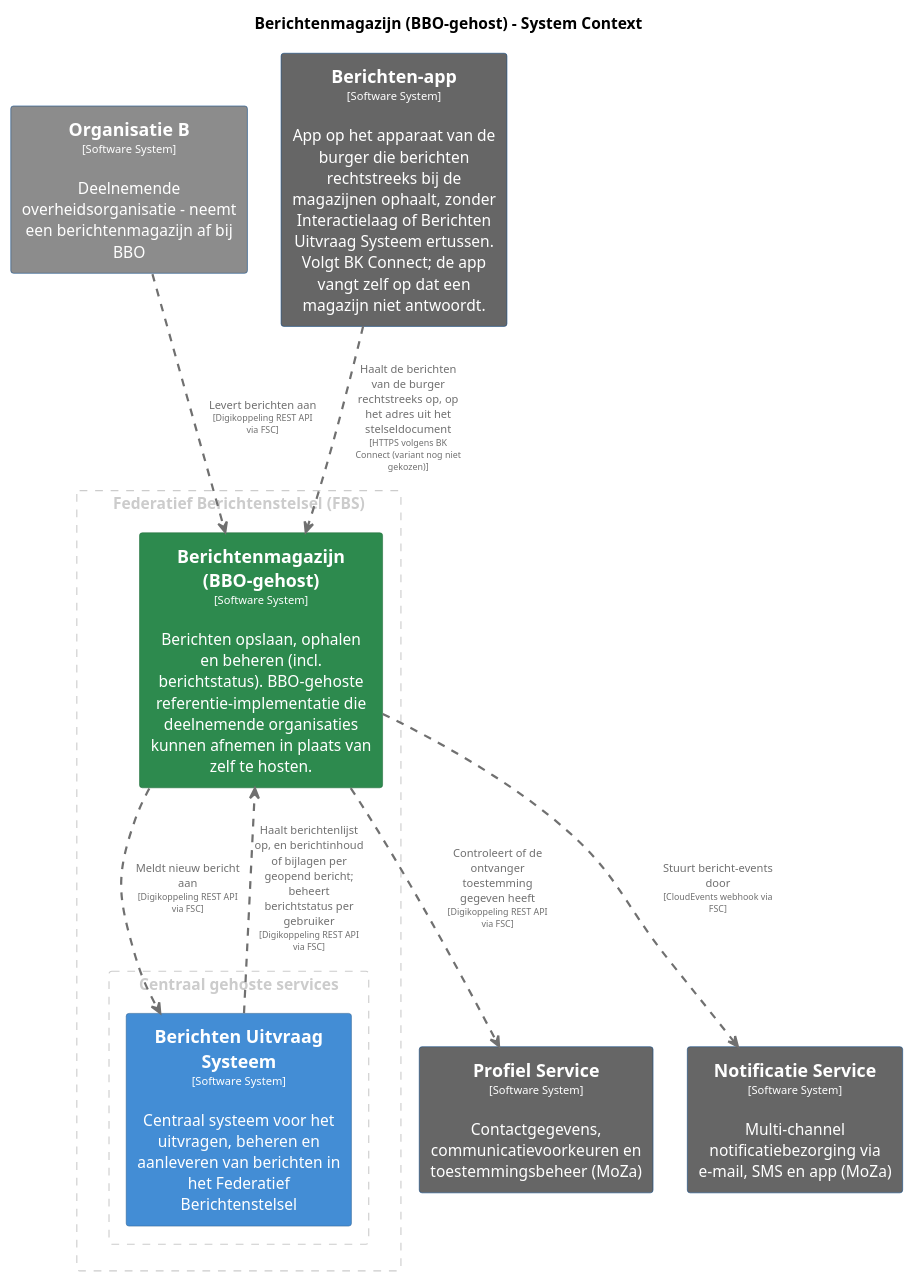
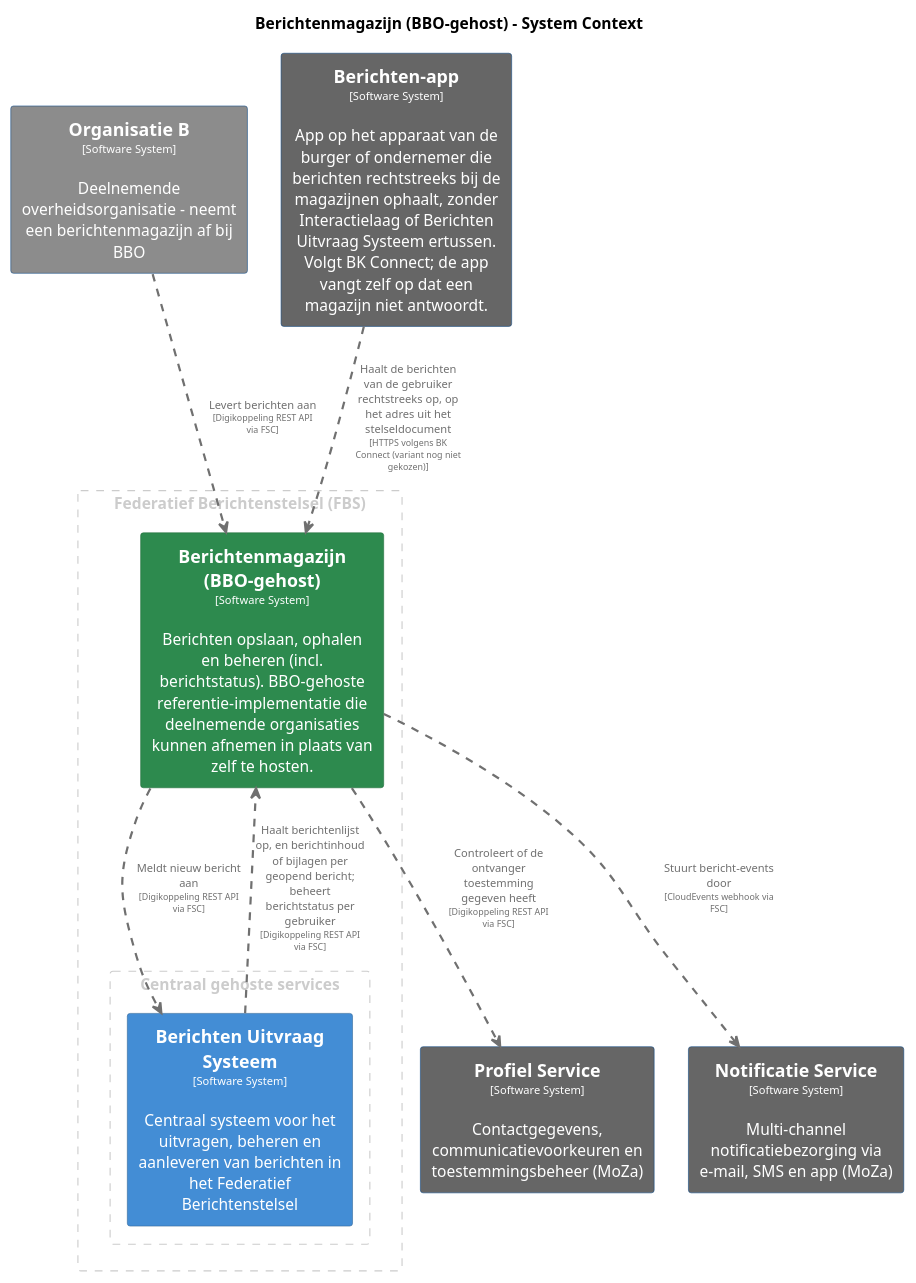
Before and after one commit to MinBZK/moza-poc-fbs-berichtenbox: the diagram in pr-preview/pr-361/master/puml/Berichtenmagazijn.puml, drawn with PlantUML. The commit also changed 36 other files, not shown here.

```diff
--- a/pr-preview/pr-361/master/puml/Berichtenmagazijn.puml
+++ b/pr-preview/pr-361/master/puml/Berichtenmagazijn.puml
@@ -1,82 +1,82 @@
 @startuml
 set separator none
 title Berichtenmagazijn (BBO-gehost) - System Context
 
 top to bottom direction
 skinparam ranksep 60
 skinparam nodesep 30
 
 skinparam {
   arrowFontSize 10
   defaultTextAlignment center
   wrapWidth 200
   maxMessageSize 100
 }
 
 hide stereotype
 
 skinparam rectangle<<BerichtenUitvraagSysteem>> {
   BackgroundColor #438dd5
   FontColor #ffffff
   BorderColor #2e6295
   shadowing false
 }
 skinparam rectangle<<Berichtenapp>> {
   BackgroundColor #666666
   FontColor #ffffff
   BorderColor #0b4884
   shadowing false
 }
 skinparam rectangle<<BerichtenmagazijnBBOgehost>> {
   BackgroundColor #2d8a4e
   FontColor #ffffff
   BorderColor #1e6b38
   shadowing false
 }
 skinparam rectangle<<NotificatieService>> {
   BackgroundColor #666666
   FontColor #ffffff
   BorderColor #0b4884
   shadowing false
 }
 skinparam rectangle<<OrganisatieB>> {
   BackgroundColor #8c8c8c
   FontColor #ffffff
   BorderColor #0b4884
   shadowing false
 }
 skinparam rectangle<<ProfielService>> {
   BackgroundColor #666666
   FontColor #ffffff
   BorderColor #0b4884
   shadowing false
 }
 
 rectangle "Federatief Berichtenstelsel (FBS)" <<group1>> as group1 {
   skinparam RectangleBorderColor<<group1>> #cccccc
   skinparam RectangleFontColor<<group1>> #cccccc
   skinparam RectangleBorderStyle<<group1>> dashed
 
   rectangle "==Berichtenmagazijn (BBO-gehost)\n<size:10>[Software System]</size>\n\nBerichten opslaan, ophalen en beheren (incl. berichtstatus). BBO-gehoste referentie-implementatie die deelnemende organisaties kunnen afnemen in plaats van zelf te hosten." <<BerichtenmagazijnBBOgehost>> as BerichtenmagazijnBBOgehost
     rectangle "Centraal gehoste services" <<group2>> as group2 {
       skinparam RectangleBorderColor<<group2>> #cccccc
       skinparam RectangleFontColor<<group2>> #cccccc
       skinparam RectangleBorderStyle<<group2>> dashed
 
       rectangle "==Berichten Uitvraag Systeem\n<size:10>[Software System]</size>\n\nCentraal systeem voor het uitvragen, beheren en aanleveren van berichten in het Federatief Berichtenstelsel" <<BerichtenUitvraagSysteem>> as BerichtenUitvraagSysteem
     }
 
 }
 
 rectangle "==Organisatie B\n<size:10>[Software System]</size>\n\nDeelnemende overheidsorganisatie - neemt een berichtenmagazijn af bij BBO" <<OrganisatieB>> as OrganisatieB
 rectangle "==Profiel Service\n<size:10>[Software System]</size>\n\nContactgegevens, communicatievoorkeuren en toestemmingsbeheer (MoZa)" <<ProfielService>> as ProfielService
 rectangle "==Notificatie Service\n<size:10>[Software System]</size>\n\nMulti-channel notificatiebezorging via e-mail, SMS en app (MoZa)" <<NotificatieService>> as NotificatieService
-rectangle "==Berichten-app\n<size:10>[Software System]</size>\n\nApp op het apparaat van de burger die berichten rechtstreeks bij de magazijnen ophaalt, zonder Interactielaag of Berichten Uitvraag Systeem ertussen. Volgt BK Connect; de app vangt zelf op dat een magazijn niet antwoordt." <<Berichtenapp>> as Berichtenapp
+rectangle "==Berichten-app\n<size:10>[Software System]</size>\n\nApp op het apparaat van de burger of ondernemer die berichten rechtstreeks bij de magazijnen ophaalt, zonder Interactielaag of Berichten Uitvraag Systeem ertussen. Volgt BK Connect; de app vangt zelf op dat een magazijn niet antwoordt." <<Berichtenapp>> as Berichtenapp
 
-Berichtenapp .[#707070,thickness=2].> BerichtenmagazijnBBOgehost : "<color:#707070>Haalt de berichten van de burger rechtstreeks op, op het adres uit het stelseldocument\n<color:#707070><size:8>[HTTPS volgens BK Connect (variant nog niet gekozen)]</size>"
+Berichtenapp .[#707070,thickness=2].> BerichtenmagazijnBBOgehost : "<color:#707070>Haalt de berichten van de gebruiker rechtstreeks op, op het adres uit het stelseldocument\n<color:#707070><size:8>[HTTPS volgens BK Connect (variant nog niet gekozen)]</size>"
 BerichtenUitvraagSysteem .[#707070,thickness=2].> BerichtenmagazijnBBOgehost : "<color:#707070>Haalt berichtenlijst op, en berichtinhoud of bijlagen per geopend bericht; beheert berichtstatus per gebruiker\n<color:#707070><size:8>[Digikoppeling REST API via FSC]</size>"
 BerichtenmagazijnBBOgehost .[#707070,thickness=2].> BerichtenUitvraagSysteem : "<color:#707070>Meldt nieuw bericht aan\n<color:#707070><size:8>[Digikoppeling REST API via FSC]</size>"
 BerichtenmagazijnBBOgehost .[#707070,thickness=2].> NotificatieService : "<color:#707070>Stuurt bericht-events door\n<color:#707070><size:8>[CloudEvents webhook via FSC]</size>"
 OrganisatieB .[#707070,thickness=2].> BerichtenmagazijnBBOgehost : "<color:#707070>Levert berichten aan\n<color:#707070><size:8>[Digikoppeling REST API via FSC]</size>"
 BerichtenmagazijnBBOgehost .[#707070,thickness=2].> ProfielService : "<color:#707070>Controleert of de ontvanger toestemming gegeven heeft\n<color:#707070><size:8>[Digikoppeling REST API via FSC]</size>"
 @enduml
```
